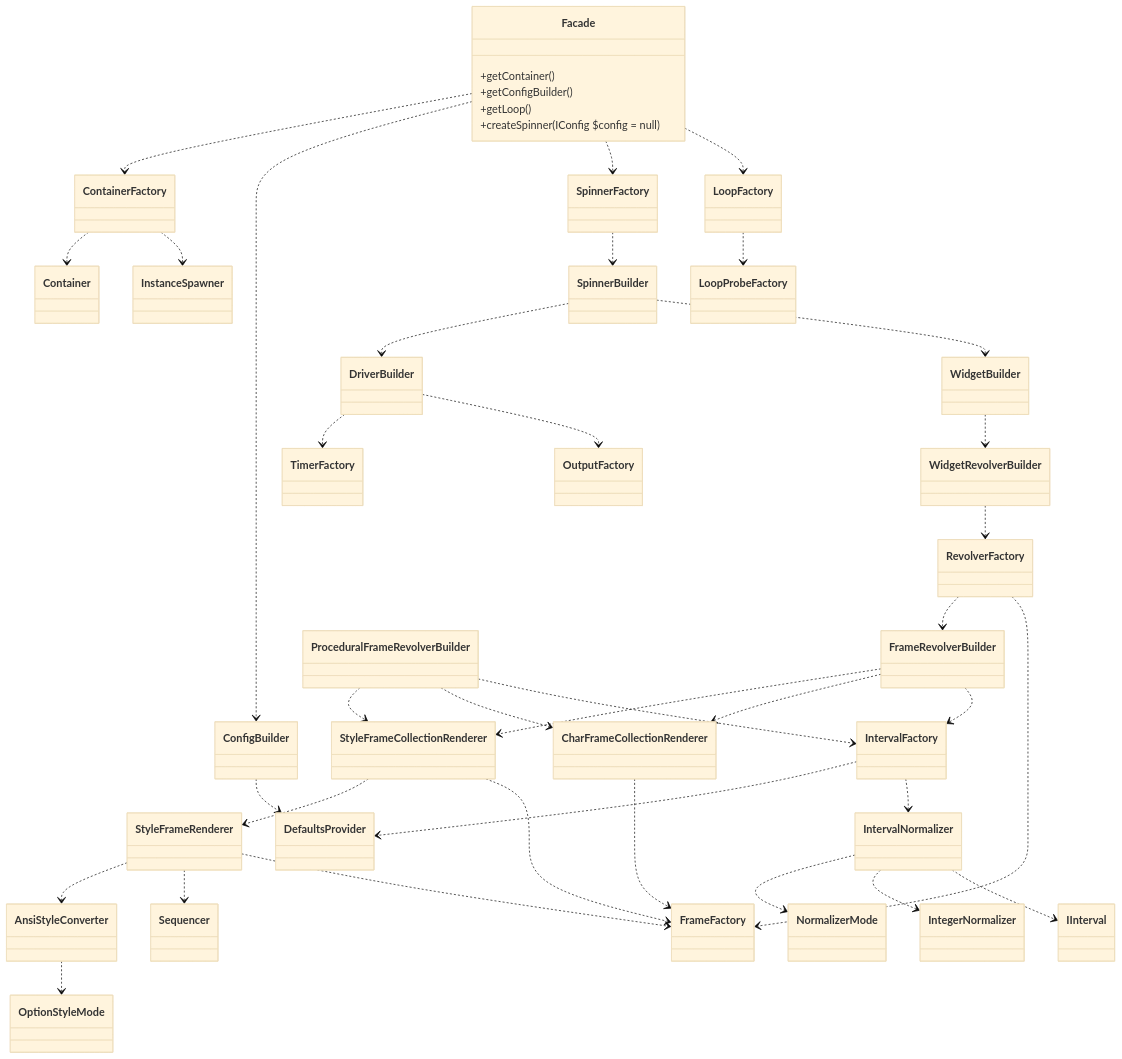
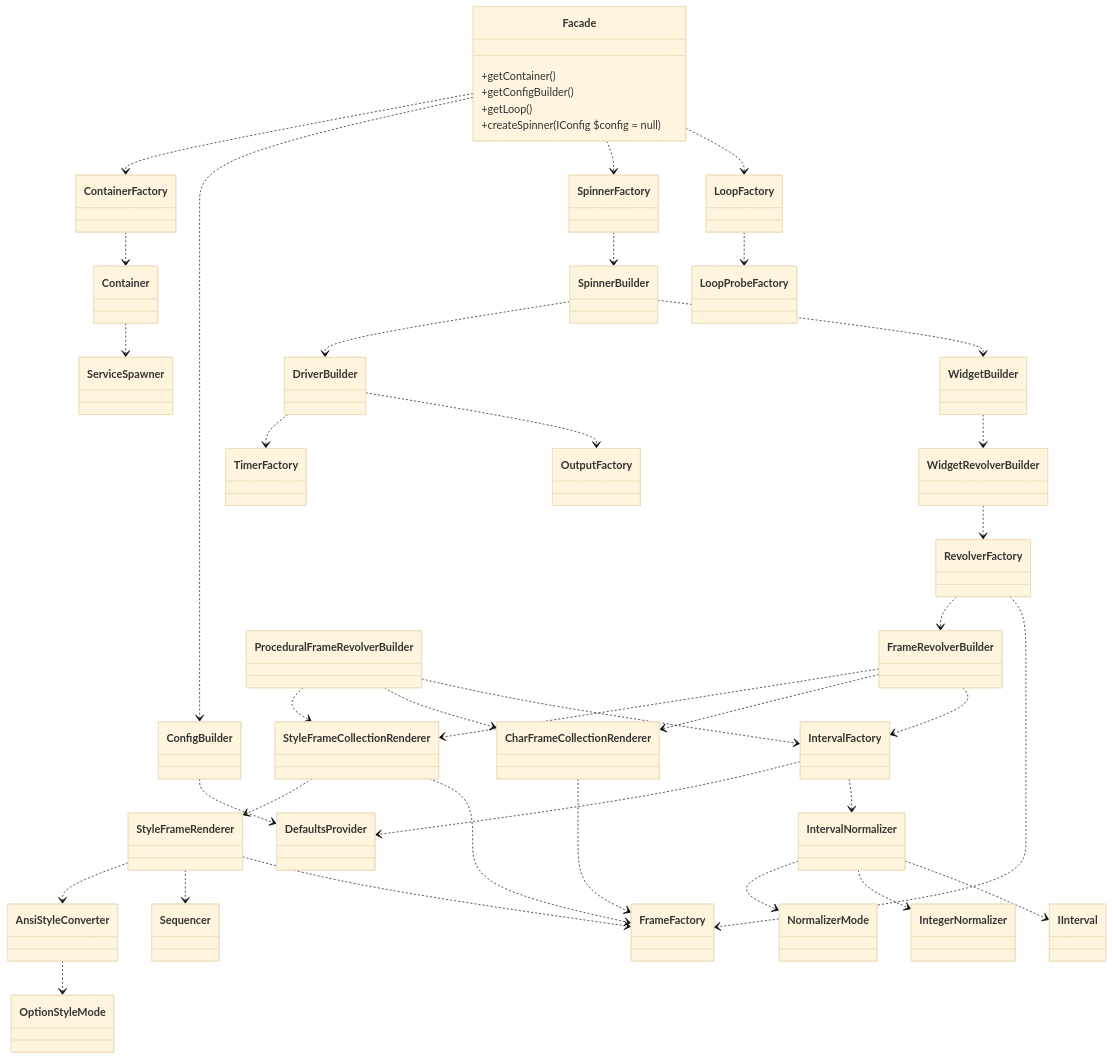
One commit to alecrabbit/php-console-spinner changed the diagram in doc/info/hierarchy/services.md. Above: the diagram before and after it, drawn with Mermaid (base theme). The commit also changed 9 other files, not shown here.

````diff
--- a/doc/info/hierarchy/services.md
+++ b/doc/info/hierarchy/services.md
@@ -3,65 +3,66 @@
 ```mermaid
 classDiagram
     direction TB
     Facade ..> ContainerFactory
     Facade ..> ConfigBuilder
     Facade ..> SpinnerFactory
     Facade ..> LoopFactory
     
     ContainerFactory ..> Container
-    ContainerFactory ..> InstanceSpawner
+    
+    Container ..> ServiceSpawner
     
     class Facade {
         +getContainer()
         +getConfigBuilder()
         +getLoop()
         +createSpinner(IConfig $config = null)
     }
     
     SpinnerFactory ..> SpinnerBuilder
 
     ConfigBuilder ..> DefaultsProvider
 
     LoopFactory ..> LoopProbeFactory
     
     SpinnerBuilder ..> DriverBuilder
     SpinnerBuilder ..> WidgetBuilder
     
     DriverBuilder ..> TimerFactory
     DriverBuilder ..> OutputFactory
     
     WidgetBuilder ..> WidgetRevolverBuilder
     
     WidgetRevolverBuilder ..> RevolverFactory
     
     RevolverFactory ..> FrameRevolverBuilder
     RevolverFactory ..> FrameFactory
     
     FrameRevolverBuilder ..> StyleFrameCollectionRenderer
     FrameRevolverBuilder ..> CharFrameCollectionRenderer
     FrameRevolverBuilder ..> IntervalFactory
     
     IntervalFactory ..> DefaultsProvider
     IntervalFactory ..> IntervalNormalizer
     
     IntervalNormalizer ..> NormalizerMode
     IntervalNormalizer ..> IntegerNormalizer
     IntervalNormalizer ..> IInterval
     
     StyleFrameCollectionRenderer ..> StyleFrameRenderer
     StyleFrameCollectionRenderer ..> FrameFactory
     
     CharFrameCollectionRenderer ..> FrameFactory
     
     StyleFrameRenderer ..> AnsiStyleConverter
     StyleFrameRenderer ..> Sequencer
     StyleFrameRenderer ..> FrameFactory
     
     AnsiStyleConverter ..> OptionStyleMode
     
     
     ProceduralFrameRevolverBuilder ..> StyleFrameCollectionRenderer
     ProceduralFrameRevolverBuilder ..> CharFrameCollectionRenderer
     ProceduralFrameRevolverBuilder ..> IntervalFactory
     
 ```
````
